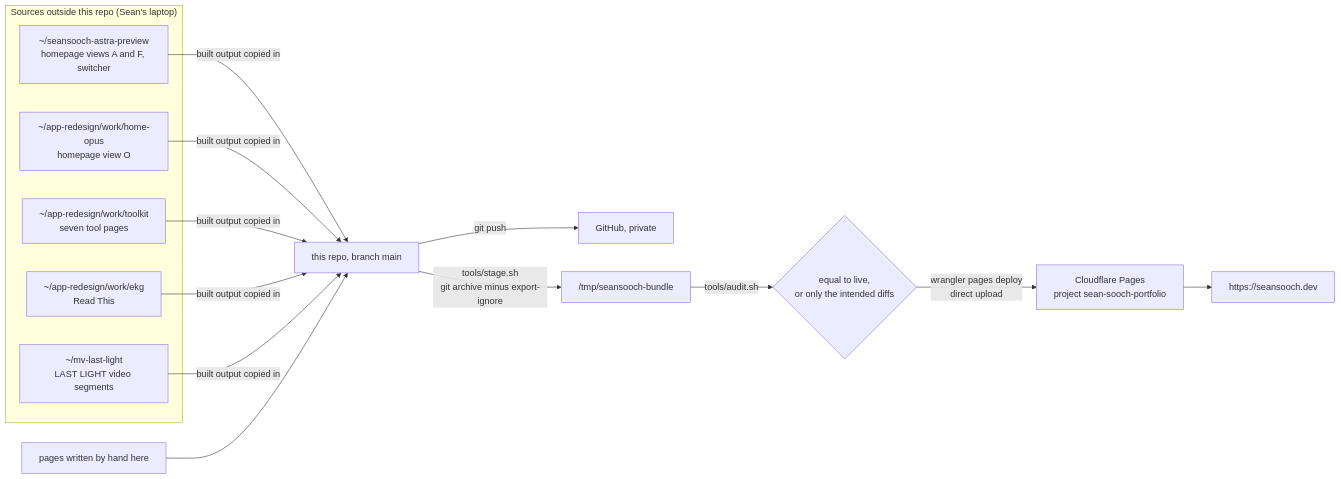
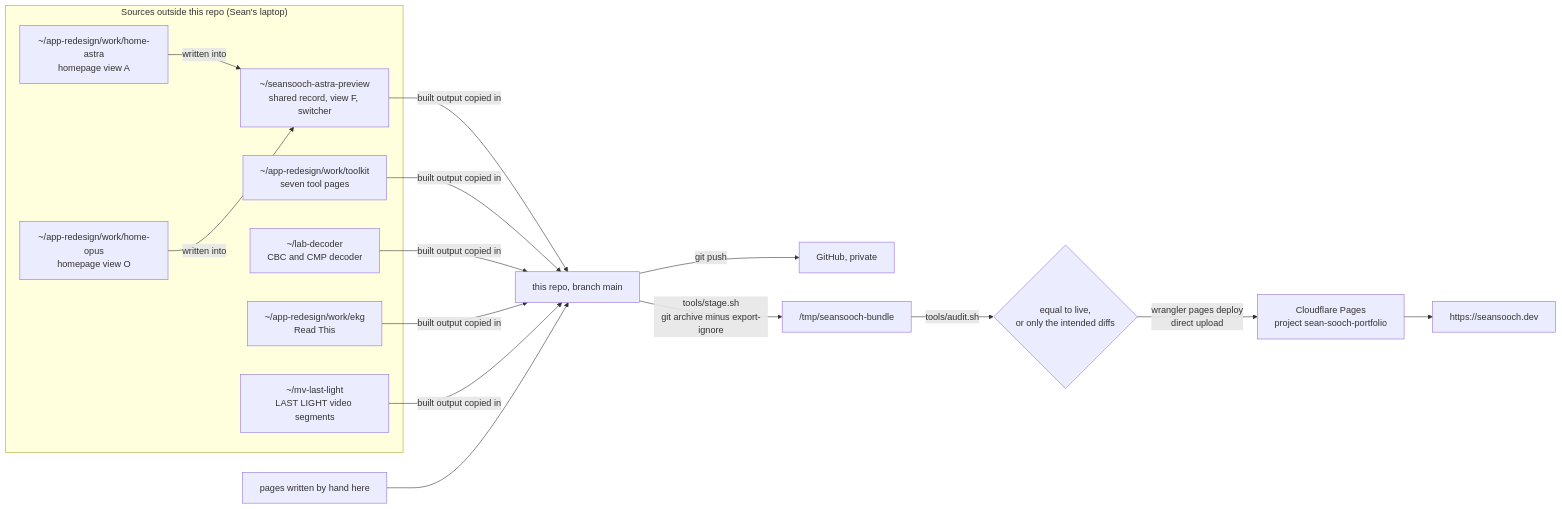
The diagram in ARCHITECTURE.md (seansooch-byte/seansooch-byte.github.io), drawn with Mermaid before and after one commit. The commit also changed other lines of this file, not shown here.

First line of the commit message:
docs: correct ARCHITECTURE.md against the generators

````diff
--- a/ARCHITECTURE.md
+++ b/ARCHITECTURE.md
@@ -8,17 +8,20 @@
 ```mermaid
 flowchart LR
   subgraph Outside["Sources outside this repo (Sean's laptop)"]
-    V["~/seansooch-astra-preview<br>homepage views A and F, switcher"]
+    A["~/app-redesign/work/home-astra<br>homepage view A"]
     O["~/app-redesign/work/home-opus<br>homepage view O"]
+    V["~/seansooch-astra-preview<br>shared record, view F, switcher"]
     T["~/app-redesign/work/toolkit<br>seven tool pages"]
+    L["~/lab-decoder<br>CBC and CMP decoder"]
     E["~/app-redesign/work/ekg<br>Read This"]
     M["~/mv-last-light<br>LAST LIGHT video segments"]
   end
-  V & O & T & E & M -->|built output copied in| Repo["this repo, branch main"]
+  A & O -->|written into| V
+  V & T & L & E & M -->|built output copied in| Repo["this repo, branch main"]
   Hand["pages written by hand here"] --> Repo
   Repo -->|git push| GH["GitHub, private"]
   Repo -->|"tools/stage.sh<br>git archive minus export-ignore"| Bundle["/tmp/seansooch-bundle"]
   Bundle -->|tools/audit.sh| Check{"equal to live,<br>or only the intended diffs"}
   Check -->|"wrangler pages deploy<br>direct upload"| CF["Cloudflare Pages<br>project sean-sooch-portfolio"]
   CF --> Live["https://seansooch.dev"]
 ```
````
